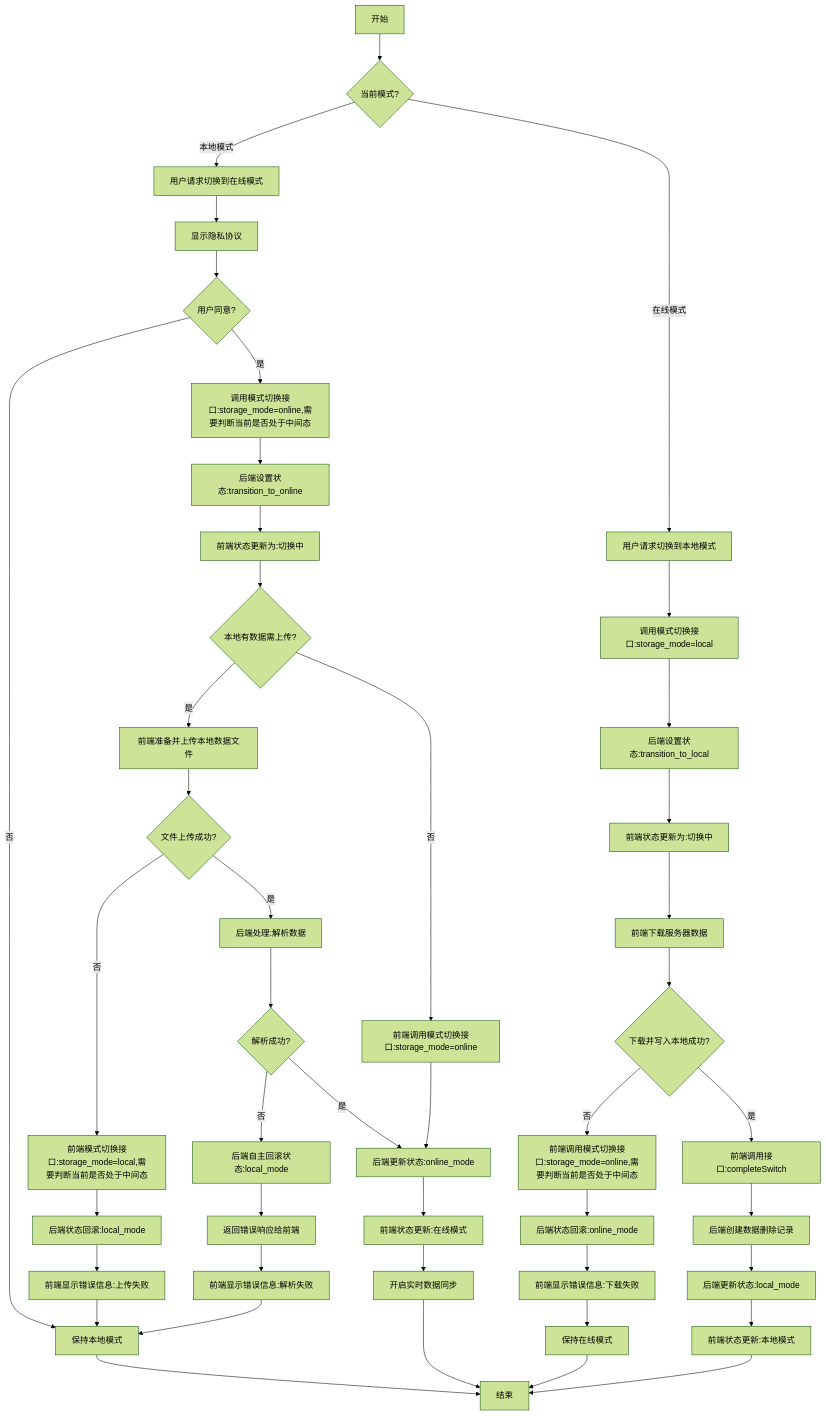
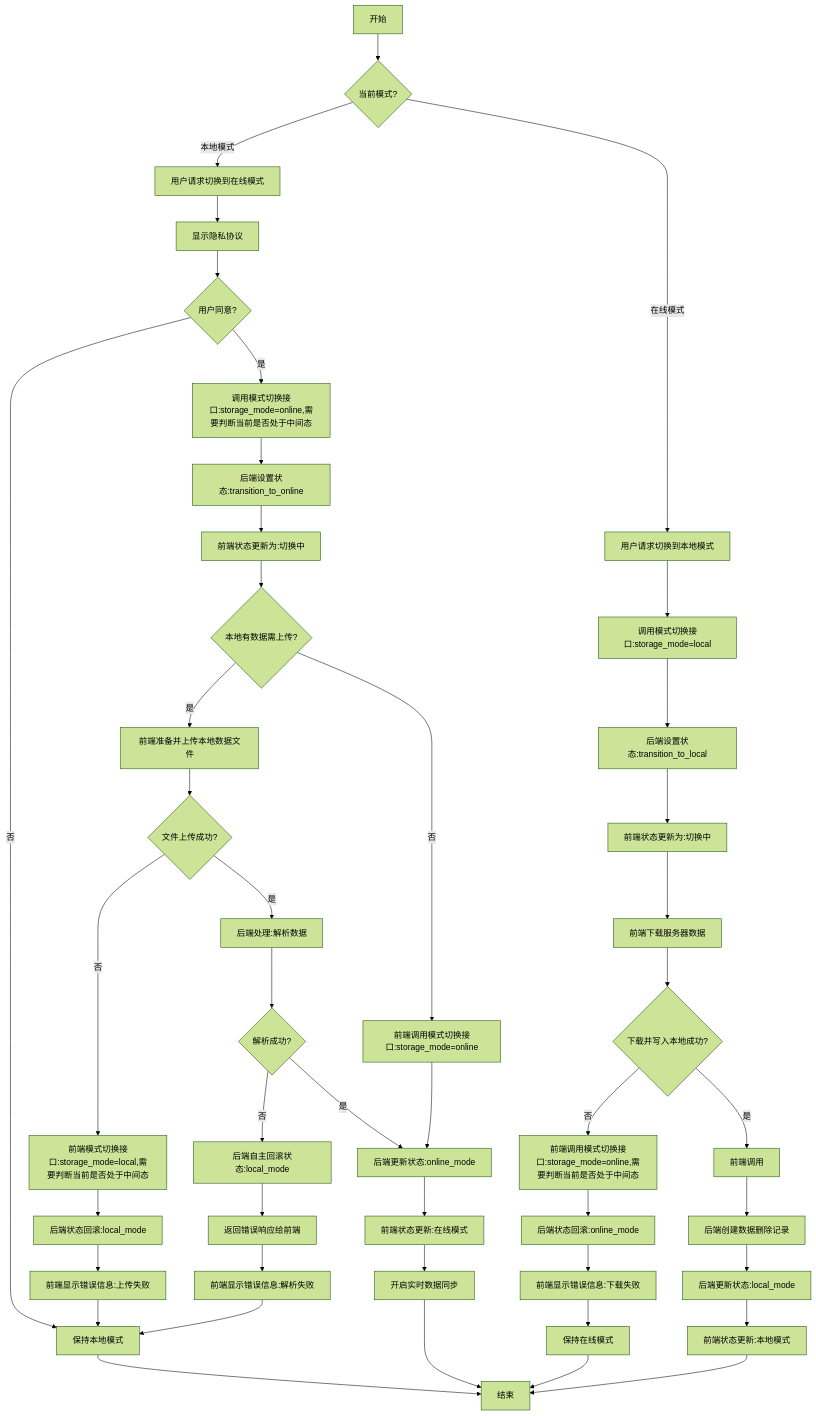
Before and after one commit to yingjianzh/iodraw-files: the diagram in all/未命名-58.md, drawn with Mermaid (forest theme).

Commit message:
2025-05-14 10:48:13 update

````diff
--- a/all/未命名-58.md
+++ b/all/未命名-58.md
@@ -1,68 +1,68 @@
 ```mermaid
 flowchart TD
     A[开始] --> B{当前模式?}
     
     %% 本地模式转在线模式
     B -->|本地模式| C[用户请求切换到在线模式]
     C --> D[显示隐私协议]
     D --> E{用户同意?}
 
     E -->|否| F[保持本地模式]
     F --> Z[结束]
     
     E -->|是| G[调用模式切换接口:storage_mode=online,需要判断当前是否处于中间态]
     G --> H[后端设置状态:transition_to_online]
     H --> I[前端状态更新为:切换中]
     
     I --> J{本地有数据需上传?}
     
     %% 有本地数据需上传的情况
     J -->|是| K[前端准备并上传本地数据文件]
     K --> L{文件上传成功?}
     
     %% 上传失败的情况
     L -->|否| M[前端模式切换接口:storage_mode=local,需要判断当前是否处于中间态]
     M --> N[后端状态回滚:local_mode]
     N --> O[前端显示错误信息:上传失败]
     O --> F
     
     %% 上传成功但解析失败的情况
     L -->|是| P[后端处理:解析数据]
     P --> Q{解析成功?}
     Q -->|否| R[后端自主回滚状态:local_mode]
     R --> S[返回错误响应给前端]
     S --> T[前端显示错误信息:解析失败]
     T --> F
     
     %% 全部成功的情况
     Q -->|是| U[后端更新状态:online_mode]
     J -->|否| V[前端调用模式切换接口:storage_mode=online]
     V --> U
     
     U --> W[前端状态更新:在线模式]
     W --> X[开启实时数据同步]
     X --> Z
     
     %% 在线模式转本地模式
     B -->|在线模式| AA[用户请求切换到本地模式]
     AA --> AB[调用模式切换接口:storage_mode=local]
     AB --> AC[后端设置状态:transition_to_local]
     AC --> AD[前端状态更新为:切换中]
     
     AD --> AE[前端下载服务器数据]
     AE --> AF{下载并写入本地成功?}
     
     %% 下载失败的情况
     AF -->|否| AG[前端调用模式切换接口:storage_mode=online,需要判断当前是否处于中间态]
     AG --> AH[后端状态回滚:online_mode]
     AH --> AI[前端显示错误信息:下载失败]
     AI --> AJ[保持在线模式]
     AJ --> Z
     
     %% 下载成功的情况
-    AF -->|是| AK[前端调用接口:completeSwitch]
+    AF -->|是| AK[前端调用]
     AK --> AL[后端创建数据删除记录]
     AL --> AM[后端更新状态:local_mode]
     AM --> AN[前端状态更新:本地模式]
     AN --> Z
 ```
````
